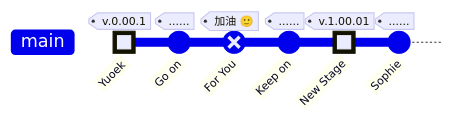
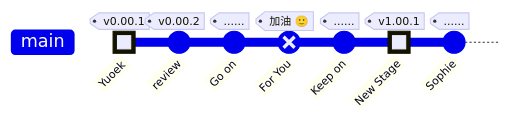
Before and after one commit to Yuoek/hugo-docs: the diagram in content/zh/_index.md, drawn with Mermaid. The commit also changed other lines of this file and 8764 other files, not shown here.

````diff
--- a/content/zh/_index.md
+++ b/content/zh/_index.md
@@ -18,10 +18,11 @@
 ```mermaid 
 gitGraph
-   commit id: "Yuoek" type: HIGHLIGHT tag: "v.0.00.1"
+   commit id: "Yuoek" type: HIGHLIGHT tag: "v0.00.1"
+   commit id: "review" tag: "v0.00.2"
    commit id: "Go on" tag: "......"
    commit id: "For You" type: REVERSE tag: "加油 🙂"
    commit id: "Keep on" tag: "......"
-   commit id: "New Stage" type: HIGHLIGHT tag: "v.1.00.01"
+   commit id: "New Stage" type: HIGHLIGHT tag: "v1.00.1"
    commit id: "Sophie" tag: "......"
 
 ```
````
